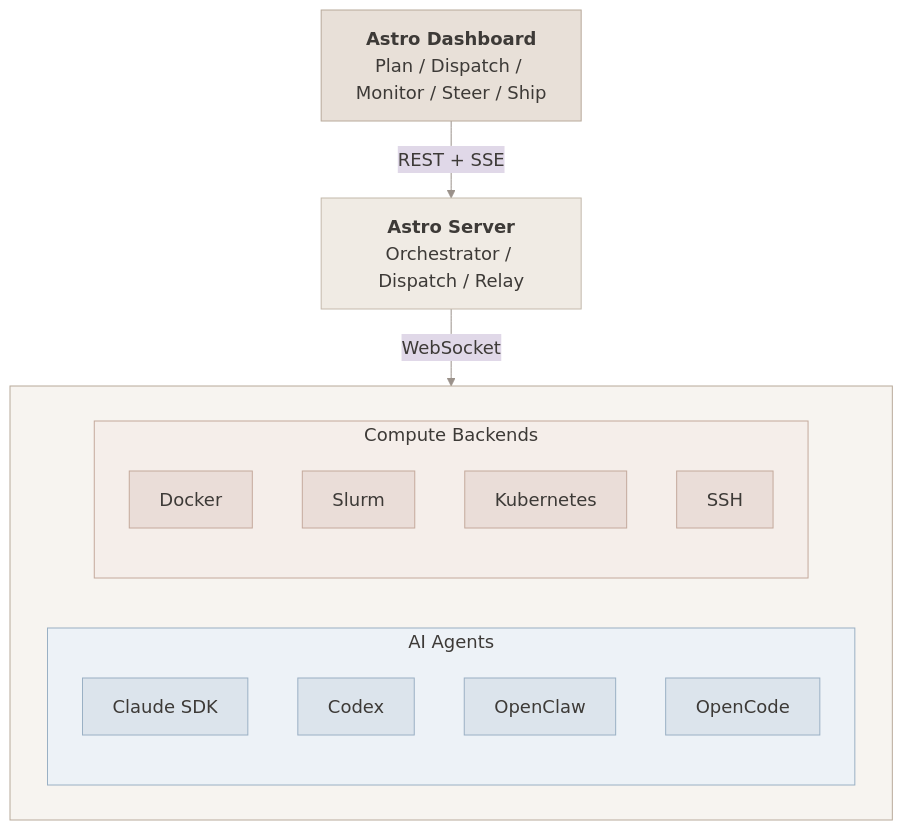
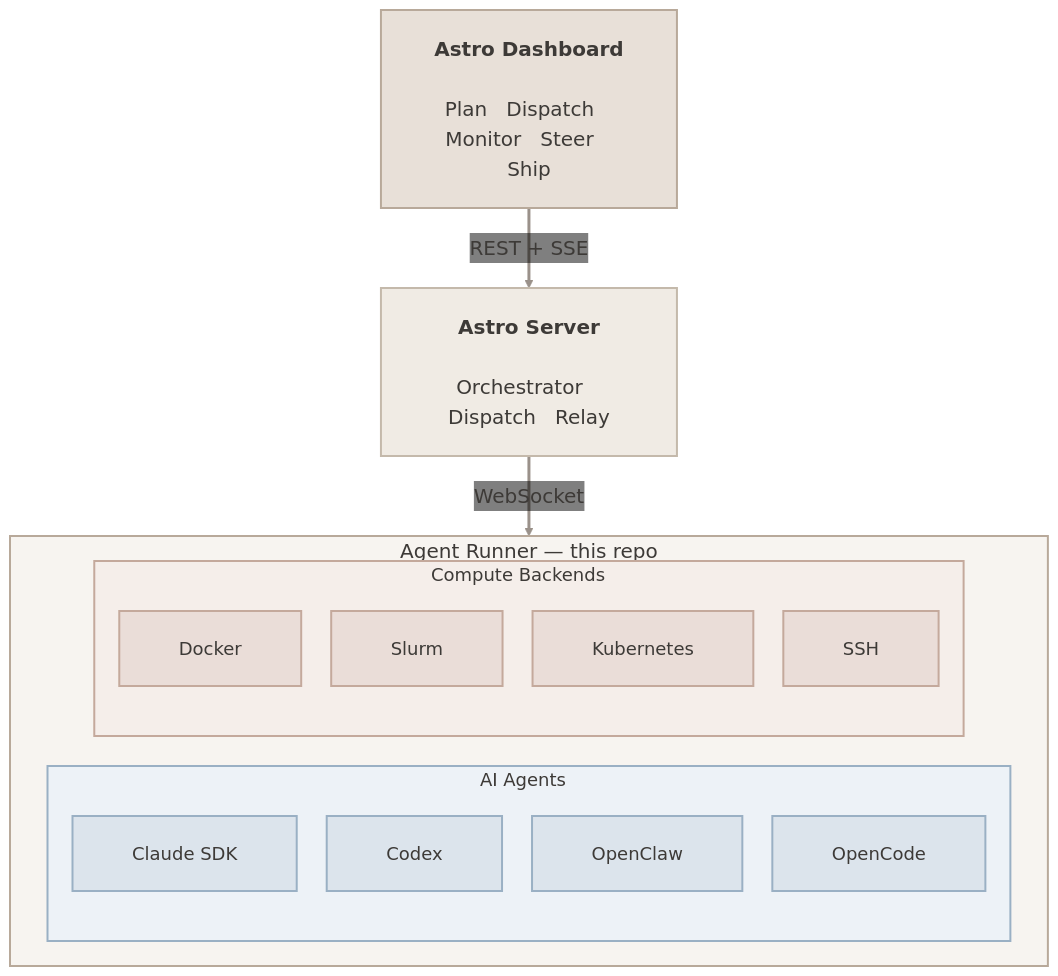
One commit to astro-anywhere/astro-agent changed the diagram in README.md. Above: the diagram before and after it, drawn with Mermaid.

Commit message:
docs: improve Mermaid diagram — thicker lines, larger boxes, more padding
- stroke-width:2px on all nodes, 3px on edges (==> thick arrows)
- 20px font for top-level, 18px for inner nodes
- padding:24 and rankSpacing:50 for roomier layout
- &nbsp; padding inside node labels for larger click targets
- edgeLabelBackground:transparent for cleaner edge labels
- basis curve for smoother connections

````diff
--- a/README.md
+++ b/README.md
@@ -239,49 +239,61 @@
 ```mermaid
-%%{init: {'theme': 'base', 'themeVariables': {
-  'primaryColor': '#e8e0d8',
-  'primaryBorderColor': '#b8a99a',
-  'primaryTextColor': '#3d3a37',
-  'lineColor': '#9a918a',
-  'textColor': '#3d3a37',
-  'fontSize': '18px',
-  'fontFamily': 'Palatino, Palatino Linotype, Georgia, serif'
-}}}%%
+%%{init: {
+  'theme': 'base',
+  'themeVariables': {
+    'primaryColor': '#e8e0d8',
+    'primaryBorderColor': '#b8a99a',
+    'primaryTextColor': '#3d3a37',
+    'lineColor': '#9a918a',
+    'textColor': '#3d3a37',
+    'fontSize': '20px',
+    'fontFamily': 'Palatino, Palatino Linotype, Georgia, serif',
+    'edgeLabelBackground': 'transparent'
+  },
+  'flowchart': {
+    'nodeSpacing': 30,
+    'rankSpacing': 50,
+    'padding': 24,
+    'htmlLabels': true,
+    'curve': 'basis'
+  }
+}}%%
 flowchart TD
-    classDef warm fill:#e8e0d8,stroke:#b8a99a,color:#3d3a37
-    classDef sand fill:#f0ebe4,stroke:#c4b9ab,color:#3d3a37
-    classDef sage fill:#dde5da,stroke:#a8b8a2,color:#3d3a37
-    classDef mist fill:#dce4ec,stroke:#9ab0c4,color:#3d3a37
-    classDef rose fill:#eaddd8,stroke:#c4a99c,color:#3d3a37
+    classDef warm fill:#e8e0d8,stroke:#b8a99a,stroke-width:2px,color:#3d3a37,font-size:20px
+    classDef sand fill:#f0ebe4,stroke:#c4b9ab,stroke-width:2px,color:#3d3a37,font-size:20px
+    classDef mist fill:#dce4ec,stroke:#9ab0c4,stroke-width:2px,color:#3d3a37,font-size:18px
+    classDef rose fill:#eaddd8,stroke:#c4a99c,stroke-width:2px,color:#3d3a37,font-size:18px
 
-    Dashboard["<b>Astro Dashboard</b><br/>Plan / Dispatch / Monitor / Steer / Ship"]:::warm
+    Dashboard["<b>Astro Dashboard</b><br/><br/>Plan &nbsp; Dispatch &nbsp; Monitor &nbsp; Steer &nbsp; Ship"]:::warm
 
-    Dashboard -->|"REST + SSE"| Server
+    Dashboard ==>|" REST + SSE "| Server
 
-    Server["<b>Astro Server</b><br/>Orchestrator / Dispatch / Relay"]:::sand
+    Server["<b>Astro Server</b><br/><br/>Orchestrator &nbsp; Dispatch &nbsp; Relay"]:::sand
 
-    Server -->|"WebSocket"| Runner
+    Server ==>|" WebSocket "| Runner
 
-    subgraph Runner[" "]
+    subgraph Runner["&nbsp; Agent Runner &mdash; this repo &nbsp;"]
         direction LR
 
-        subgraph agents["AI Agents"]
+        subgraph agents["&nbsp; AI Agents &nbsp;"]
             direction TB
-            A1["Claude SDK"]:::mist
-            A2["Codex"]:::mist
-            A3["OpenClaw"]:::mist
-            A4["OpenCode"]:::mist
+            A1["&nbsp; Claude SDK &nbsp;"]:::mist
+            A2["&nbsp; Codex &nbsp;"]:::mist
+            A3["&nbsp; OpenClaw &nbsp;"]:::mist
+            A4["&nbsp; OpenCode &nbsp;"]:::mist
         end
 
-        subgraph compute["Compute Backends"]
+        subgraph compute["&nbsp; Compute Backends &nbsp;"]
             direction TB
-            C1["Docker"]:::rose
-            C2["Slurm"]:::rose
-            C3["Kubernetes"]:::rose
-            C4["SSH"]:::rose
+            C1["&nbsp; Docker &nbsp;"]:::rose
+            C2["&nbsp; Slurm &nbsp;"]:::rose
+            C3["&nbsp; Kubernetes &nbsp;"]:::rose
+            C4["&nbsp; SSH &nbsp;"]:::rose
         end
     end
 
-    style Runner fill:#f7f4f0,stroke:#b8a99a,color:#3d3a37,font-size:18px
-    style agents fill:#edf2f7,stroke:#9ab0c4,color:#3d3a37
-    style compute fill:#f5eeea,stroke:#c4a99c,color:#3d3a37
+    style Runner fill:#f7f4f0,stroke:#b8a99a,stroke-width:2px,color:#3d3a37,font-size:20px
+    style agents fill:#edf2f7,stroke:#9ab0c4,stroke-width:2px,color:#3d3a37,font-size:18px
+    style compute fill:#f5eeea,stroke:#c4a99c,stroke-width:2px,color:#3d3a37,font-size:18px
+
+    linkStyle default stroke:#9a918a,stroke-width:3px
 ```
````
